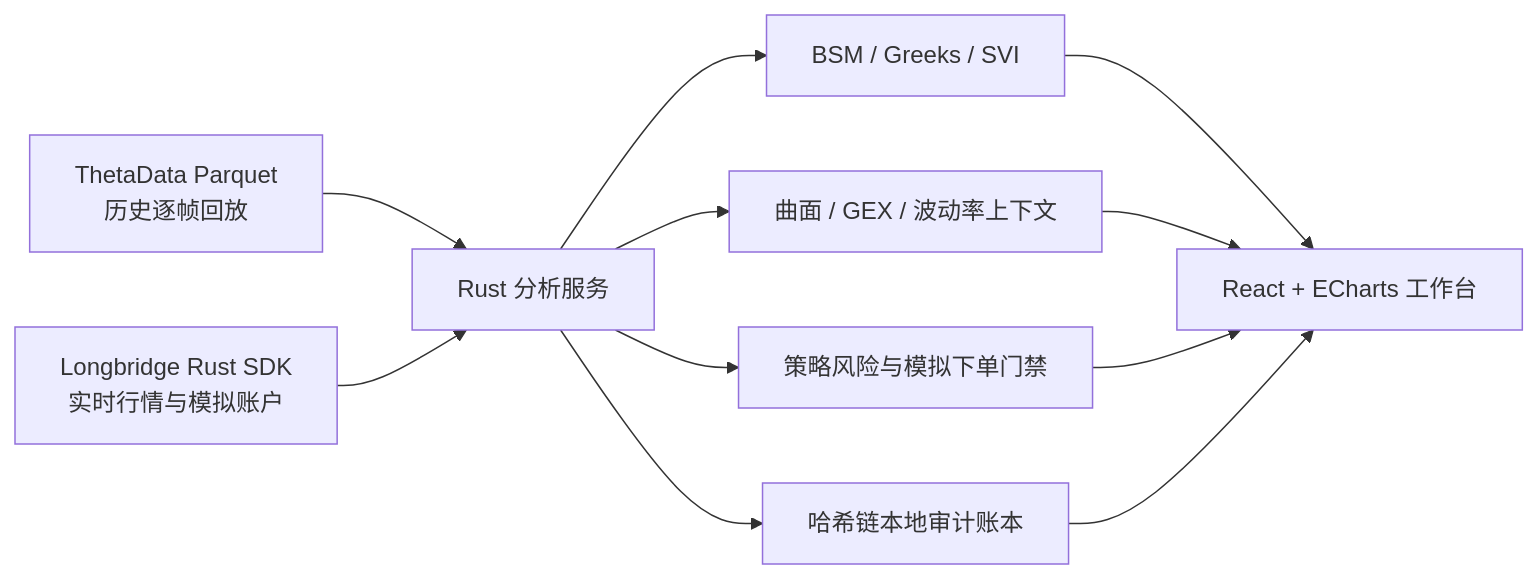
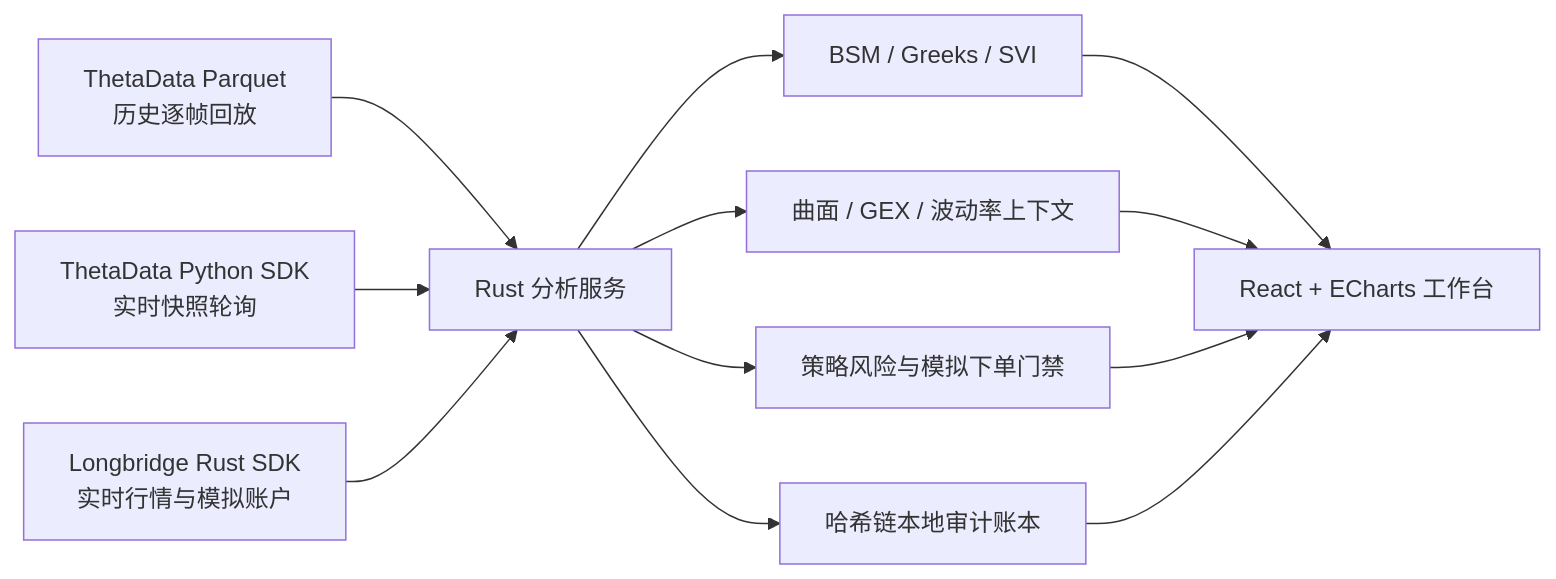
One commit to khakhasshi/OptionWorkstation changed the second of 2 diagrams in README.md. Above: the diagram before and after it, drawn with Mermaid. The commit also changed other lines of this file and 57 other files, not shown here.

First line of the commit message:
Improve replay and live analytics, research workspaces, and factor roadmap (#41)

````diff
--- a/README.md
+++ b/README.md
@@ -212,13 +226,14 @@
 ```mermaid
 flowchart LR
   T["ThetaData Parquet<br/>历史逐帧回放"] --> R["Rust 分析服务"]
+  TS["ThetaData Python SDK<br/>实时快照轮询"] --> R
   L["Longbridge Rust SDK<br/>实时行情与模拟账户"] --> R
   R --> B["BSM / Greeks / SVI"]
   R --> X["曲面 / GEX / 波动率上下文"]
   R --> P["策略风险与模拟下单门禁"]
   R --> H["哈希链本地审计账本"]
   B --> W["React + ECharts 工作台"]
   X --> W
   P --> W
   H --> W
 ```
````
